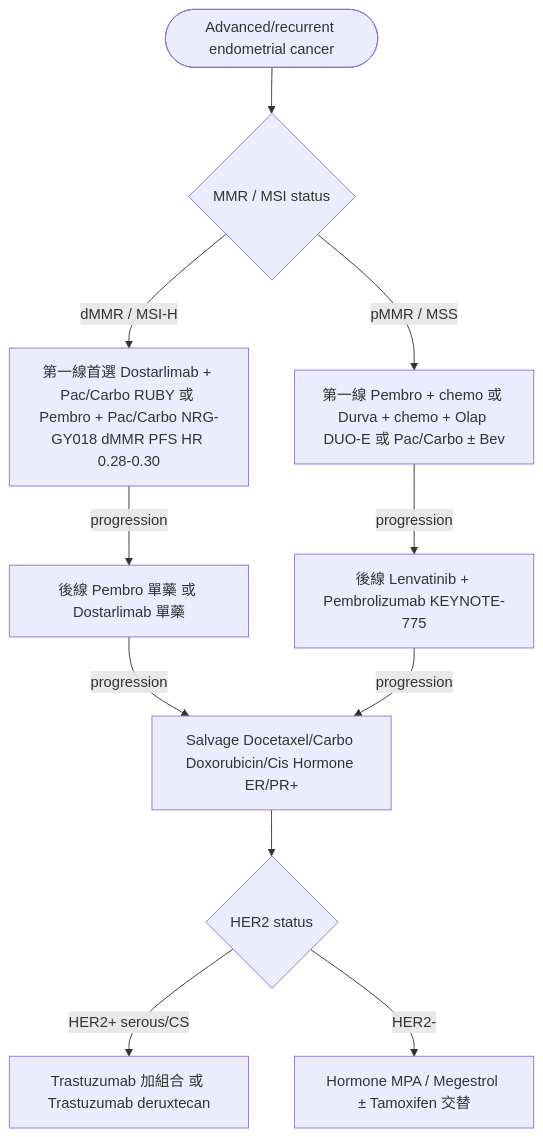
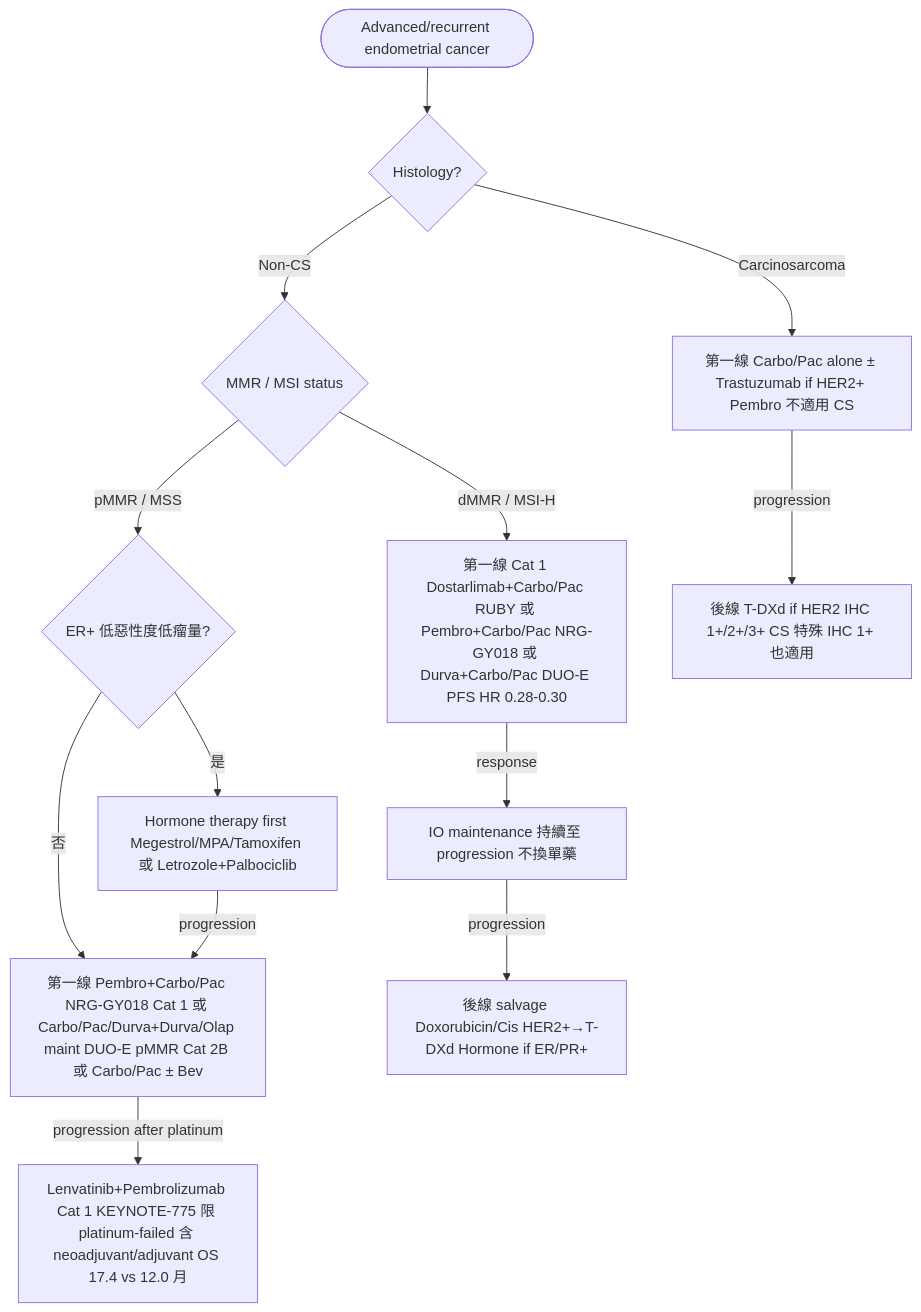
Before and after one commit to bluesunshine515-crypto/gynonc-board: the third of 3 diagrams in data/endometrial/treatment.md, drawn with Mermaid. The commit also changed other lines of this file and 6 other files, not shown here.

````diff
--- a/data/endometrial/treatment.md
+++ b/data/endometrial/treatment.md
@@ -75,13 +62,15 @@
 ```mermaid
 flowchart TD
-  Start([Advanced/recurrent endometrial cancer]) --> MMR{MMR / MSI status}
-  MMR -->|dMMR / MSI-H| L1_dMMR[第一線首選 Dostarlimab + Pac/Carbo RUBY 或 Pembro + Pac/Carbo NRG-GY018 dMMR PFS HR 0.28-0.30]
-  MMR -->|pMMR / MSS| L1_pMMR[第一線 Pembro + chemo 或 Durva + chemo + Olap DUO-E 或 Pac/Carbo ± Bev]
-  L1_dMMR -->|progression| L2_dMMR[後線 Pembro 單藥 或 Dostarlimab 單藥]
-  L1_pMMR -->|progression| L2_pMMR[後線 Lenvatinib + Pembrolizumab KEYNOTE-775]
-  L2_dMMR -->|progression| Salvage[Salvage Docetaxel/Carbo Doxorubicin/Cis Hormone ER/PR+]
-  L2_pMMR -->|progression| Salvage
-  Salvage --> HER2{HER2 status}
-  HER2 -->|HER2+ serous/CS| Tras[Trastuzumab 加組合 或 Trastuzumab deruxtecan]
-  HER2 -->|HER2-| Hormone[Hormone MPA / Megestrol ± Tamoxifen 交替]
+  Start([Advanced/recurrent endometrial cancer]) --> Hist{Histology?}
+  Hist -->|Carcinosarcoma| CS_L1[第一線 Carbo/Pac alone ± Trastuzumab if HER2+ Pembro 不適用 CS]
+  Hist -->|Non-CS| MMR{MMR / MSI status}
+  MMR -->|dMMR / MSI-H| L1_dMMR[第一線 Cat 1 Dostarlimab+Carbo/Pac RUBY 或 Pembro+Carbo/Pac NRG-GY018 或 Durva+Carbo/Pac DUO-E PFS HR 0.28-0.30]
+  MMR -->|pMMR / MSS| pMMR_branch{ER+ 低惡性度低瘤量?}
+  pMMR_branch -->|是| Horm_L1[Hormone therapy first Megestrol/MPA/Tamoxifen 或 Letrozole+Palbociclib]
+  pMMR_branch -->|否| L1_pMMR[第一線 Pembro+Carbo/Pac NRG-GY018 Cat 1 或 Carbo/Pac/Durva+Durva/Olap maint DUO-E pMMR Cat 2B 或 Carbo/Pac ± Bev]
+  L1_dMMR -->|response| IO_Maint[IO maintenance 持續至 progression 不換單藥]
+  IO_Maint -->|progression| L2_dMMR_post[後線 salvage Doxorubicin/Cis HER2+→T-DXd Hormone if ER/PR+]
+  L1_pMMR -->|progression after platinum| L2_pMMR[Lenvatinib+Pembrolizumab Cat 1 KEYNOTE-775 限 platinum-failed 含 neoadjuvant/adjuvant OS 17.4 vs 12.0 月]
+  Horm_L1 -->|progression| L1_pMMR
+  CS_L1 -->|progression| CS_L2[後線 T-DXd if HER2 IHC 1+/2+/3+ CS 特殊 IHC 1+ 也適用]
 ```
````
